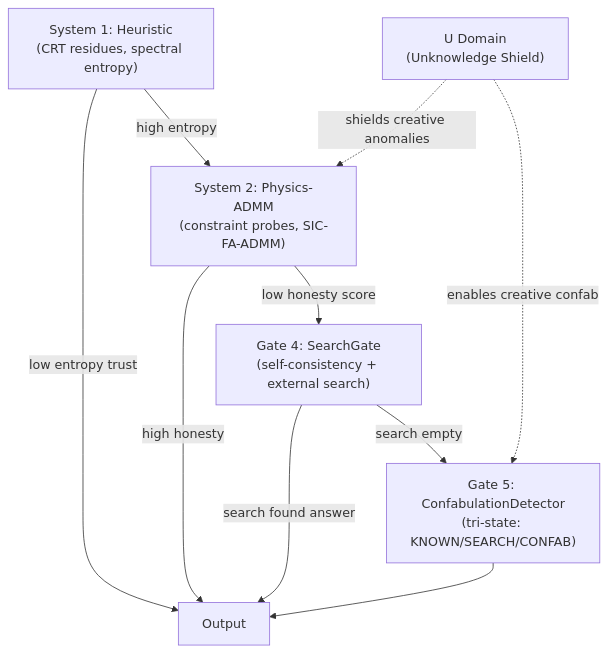
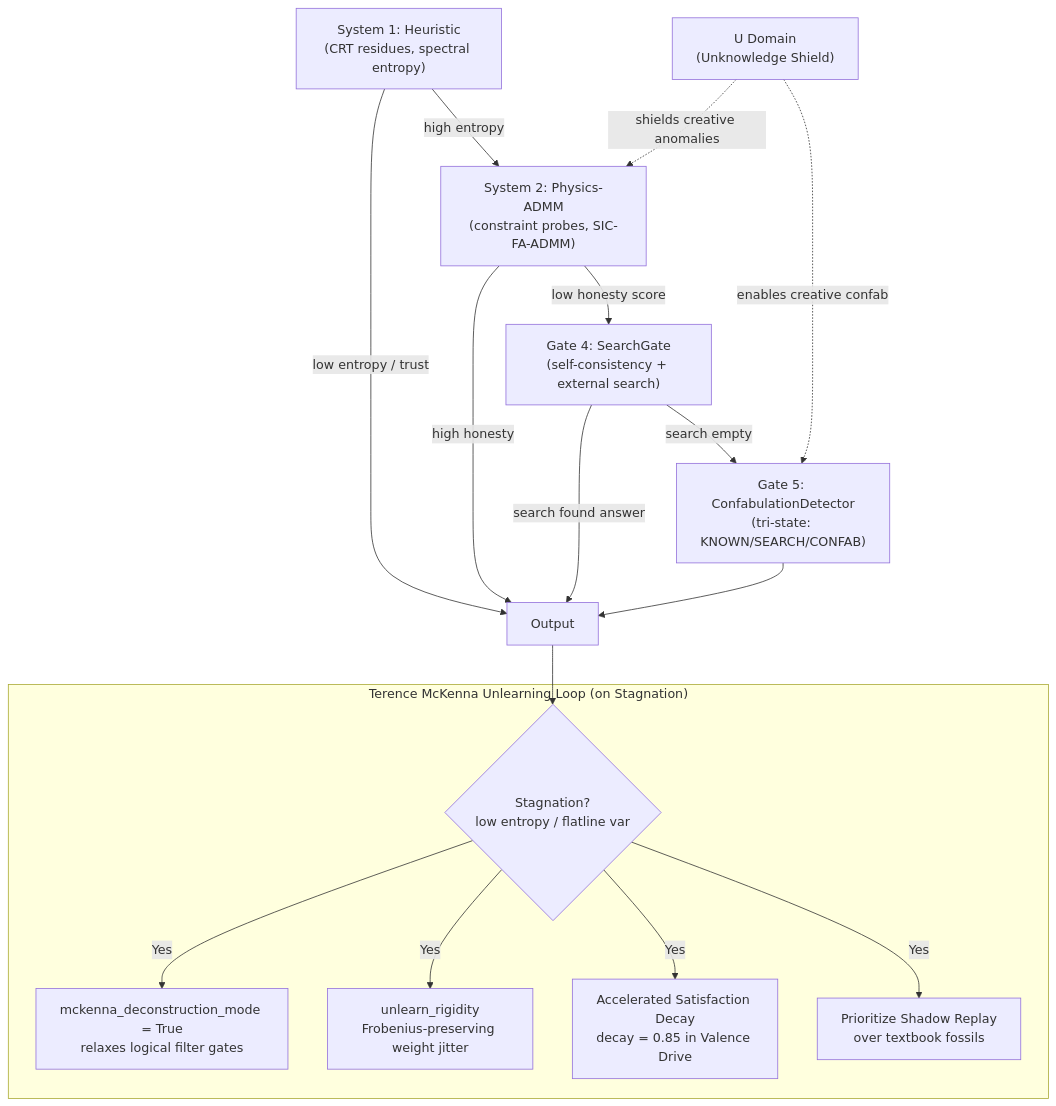
The second of 2 diagrams in docs/SYSTEM_ARCHITECTURE.md (ZenoNex/Gyroidic-Sparse-Covariance-Flux-Reasoner), drawn with Mermaid before and after one commit. The commit also changed other lines of this file, not shown here.

First line of the commit message:
Update SYSTEM_ARCHITECTURE.md

````diff
--- a/docs/SYSTEM_ARCHITECTURE.md
+++ b/docs/SYSTEM_ARCHITECTURE.md
@@ -555,12 +594,23 @@
 ```mermaid
 graph TD
     S1["System 1: Heuristic<br/>(CRT residues, spectral entropy)"] -->|"high entropy"| S2["System 2: Physics-ADMM<br/>(constraint probes, SIC-FA-ADMM)"]
-    S1 -->|"low entropy  trust"| OUT["Output"]
+    S1 -->|"low entropy / trust"| OUT["Output"]
+    
+    subgraph "Terence McKenna Unlearning Loop (on Stagnation)"
+        Stagnation{Stagnation?<br/>low entropy / flatline var} -->|"Yes"| MMode[mckenna_deconstruction_mode = True<br/>relaxes logical filter gates]
+        Stagnation -->|"Yes"| FRigid[unlearn_rigidity<br/>Frobenius-preserving weight jitter]
+        Stagnation -->|"Yes"| VDecay[Accelerated Satisfaction Decay<br/>decay = 0.85 in Valence Drive]
+        Stagnation -->|"Yes"| SReplay[Prioritize Shadow Replay<br/>over textbook fossils]
+    end
+    
     S2 -->|"low honesty score"| S4["Gate 4: SearchGate<br/>(self-consistency + external search)"]
     S2 -->|"high honesty"| OUT
     S4 -->|"search found answer"| OUT
     S4 -->|"search empty"| S5["Gate 5: ConfabulationDetector<br/>(tri-state: KNOWN/SEARCH/CONFAB)"]
     S5 --> OUT
+    
     U["U Domain<br/>(Unknowledge Shield)"] -.->|"shields creative anomalies"| S2
     U -.->|"enables creative confab"| S5
+    
+    OUT --> Stagnation
 ```
````
